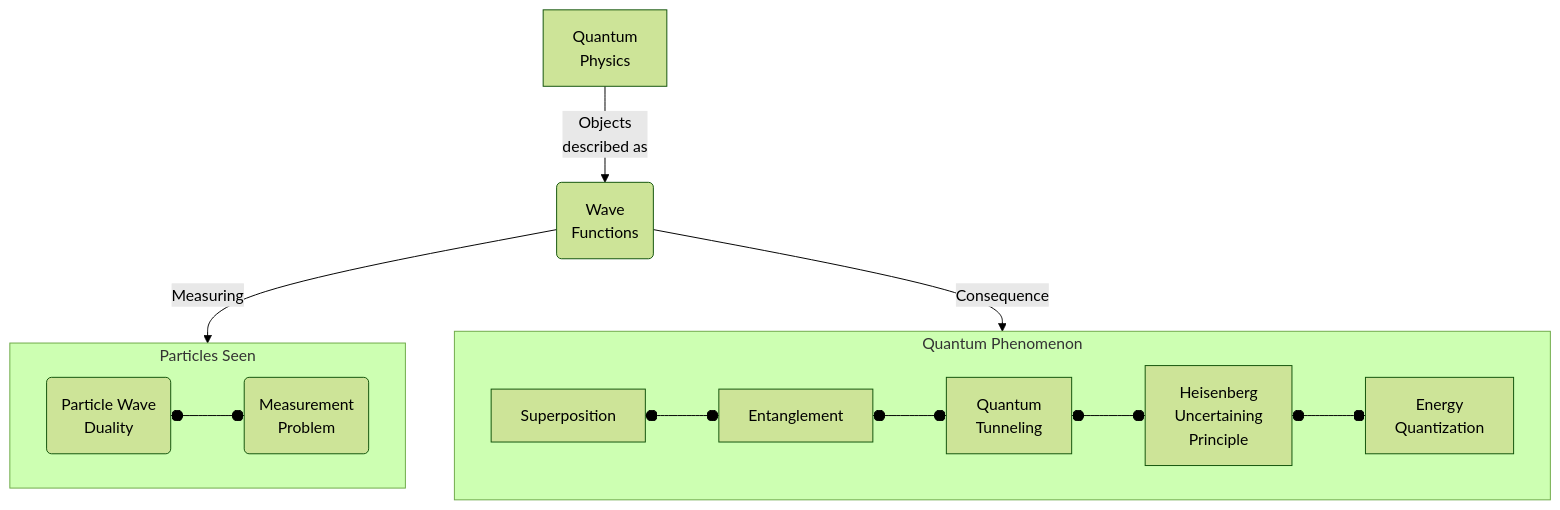
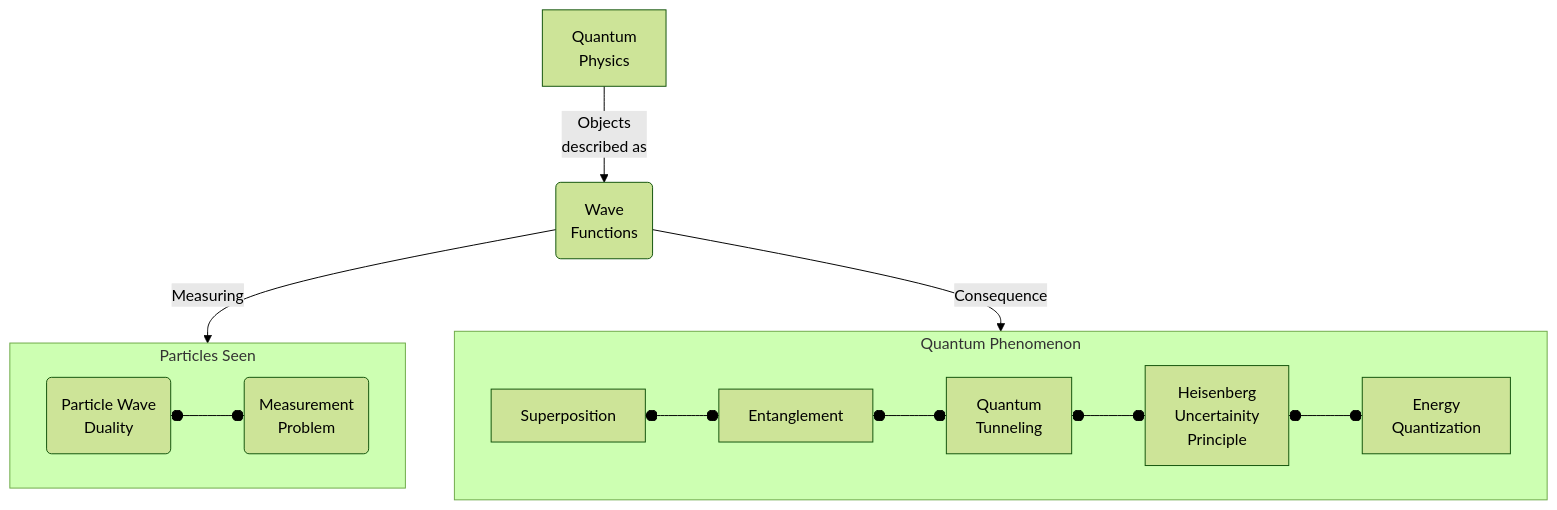
Before and after one commit to m0ham3dx/mx-Quantum-Computing-Primer: the second of 3 diagrams in README.md, drawn with Mermaid (forest theme).

Commit message:
mermaid js changes

````diff
--- a/README.md
+++ b/README.md
@@ -97,19 +97,19 @@
 ```mermaid
 flowchart TD
     A[Quantum<br>Physics] -->|Objects<br>described as<br>|A1(Wave<br>Functions)
     
     A1 -->|Measuring|B
     subgraph B [Particles Seen]
         direction LR
         B1(Particle Wave<br>Duality) o--o B2(Measurement<br>Problem)
     end
 
     A1 -->|Consequence|C 
     subgraph C [Quantum Phenomenon]
         direction LR
         C1[Superposition] o--o C11[Entanglement]
         C11 o--o C2
-        C2[Quantum\nTunneling] o--oC3[Heisenberg \n Uncertaining \n Principle]    
-        C3 o--o C4[Energy\nQuantization]
+        C2[Quantum\nTunneling] o--oC3[Heisenberg<br>Uncertainity<br>Principle]    
+        C3 o--o C4[Energy<br>Quantization]
     end
 ```
````
